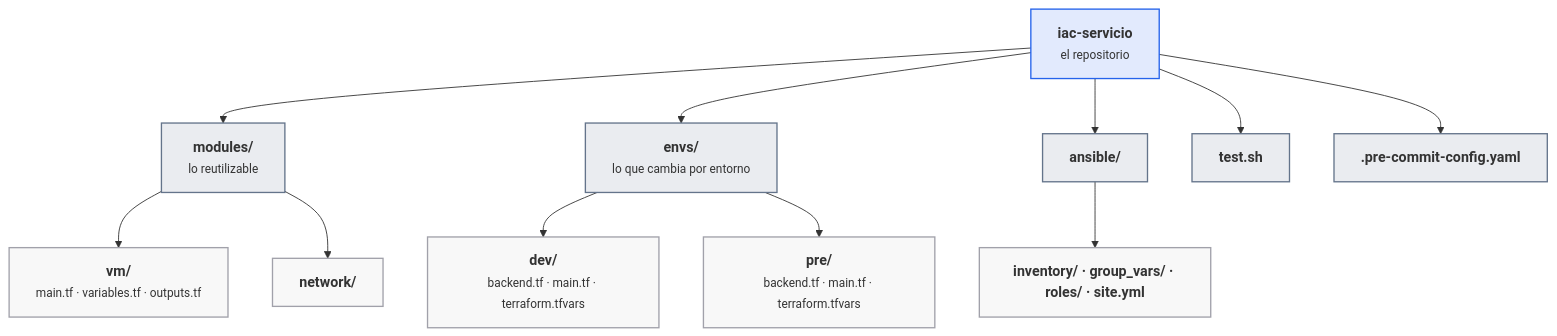
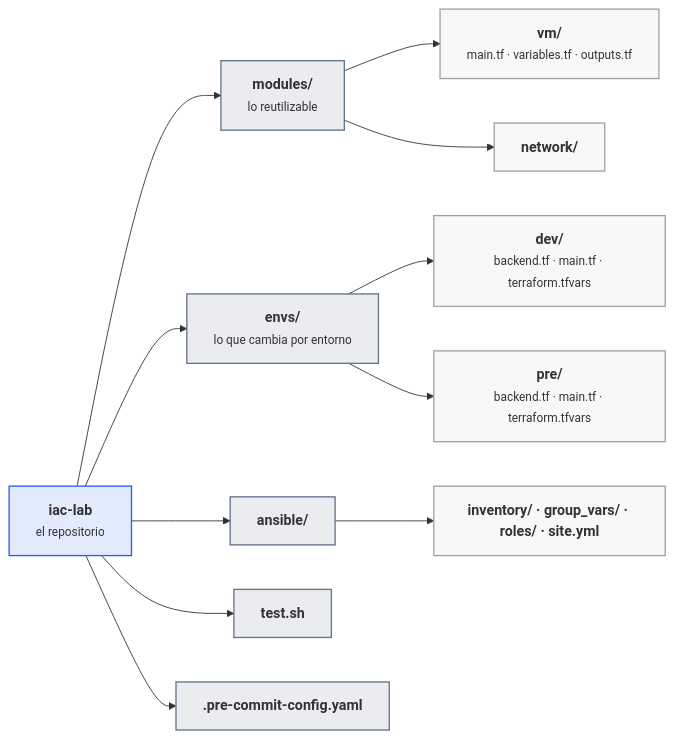
The fourth of 6 diagrams in docs/ut/ut5-iac.md (victor-educ/apuntes-5166), drawn with Mermaid before and after one commit. The commit also changed other lines of this file and 15 other files, not shown here.

````diff
--- a/docs/ut/ut5-iac.md
+++ b/docs/ut/ut5-iac.md
@@ -533,24 +539,24 @@
 ```mermaid
-flowchart TD
-    R["<b>iac-servicio</b><br><small>el repositorio</small>"]:::dato
+flowchart LR
+    R["<b>iac-lab</b><br><small>el repositorio</small>"]:::dato
     M["<b>modules/</b><br><small>lo reutilizable</small>"]:::pieza
     E["<b>envs/</b><br><small>lo que cambia por entorno</small>"]:::pieza
     A["<b>ansible/</b>"]:::pieza
     T["<b>test.sh</b>"]:::pieza
     P["<b>.pre-commit-config.yaml</b>"]:::pieza
     M1["<b>vm/</b><br><small>main.tf · variables.tf · outputs.tf</small>"]:::infra
     M2["<b>network/</b>"]:::infra
     E1["<b>dev/</b><br><small>backend.tf · main.tf · terraform.tfvars</small>"]:::infra
     E2["<b>pre/</b><br><small>backend.tf · main.tf · terraform.tfvars</small>"]:::infra
     A1["<b>inventory/ · group_vars/ · roles/ · site.yml</b>"]:::infra
     R --> M & E & A & T & P
     M --> M1 & M2
     E --> E1 & E2
     A --> A1
     classDef act fill:#ea580c22,stroke:#ea580c,stroke-width:1.5px
     classDef pieza fill:#64748b22,stroke:#64748b,stroke-width:1.5px
     classDef dato fill:#2563eb22,stroke:#2563eb,stroke-width:1.5px
     classDef infra fill:#a1a1aa14,stroke:#a1a1aa,stroke-width:1.5px
     classDef ok fill:#16a34a22,stroke:#16a34a,stroke-width:1.5px
     classDef riesgo fill:#dc262622,stroke:#dc2626,stroke-width:1.5px
 ```
````
